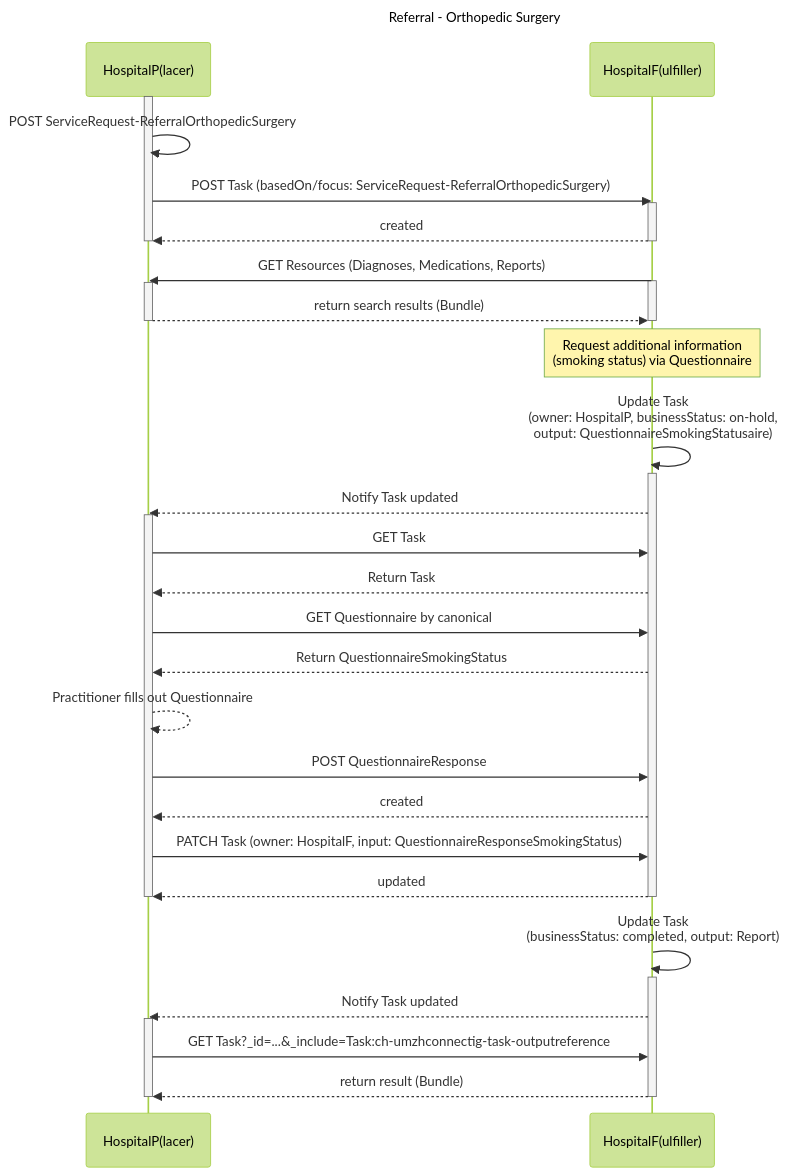
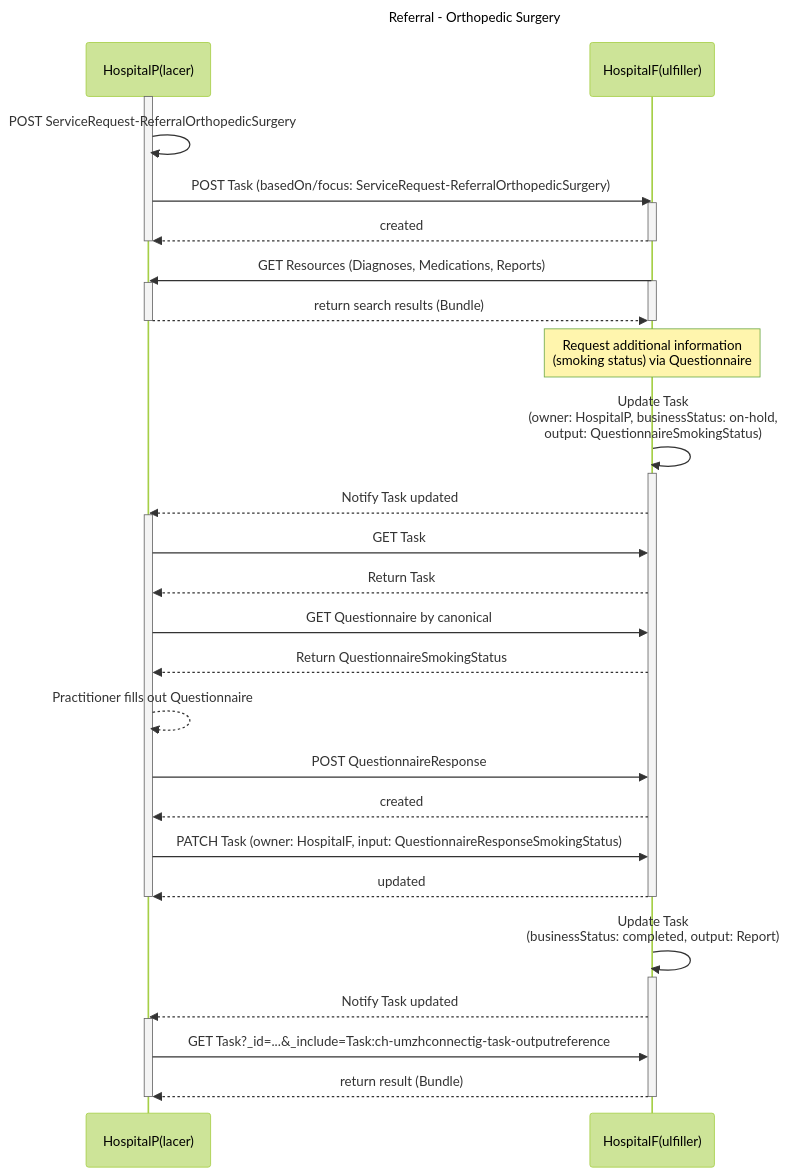
The diagram in input/pagecontent/usecase-referral-orthopedic.md (umzhconnect/umzhconnect-ig), drawn with Mermaid (forest theme) before and after one commit.

````diff
--- a/input/pagecontent/usecase-referral-orthopedic.md
+++ b/input/pagecontent/usecase-referral-orthopedic.md
@@ -18,49 +18,49 @@
 ```mermaid
 sequenceDiagram
     title Referral - Orthopedic Surgery
 
     participant HospitalP as HospitalP(lacer)
     participant HospitalF as HospitalF(ulfiller)
     activate HospitalP
     HospitalP->>HospitalP: POST ServiceRequest-ReferralOrthopedicSurgery
     HospitalP->>HospitalF: POST Task (basedOn/focus: ServiceRequest-ReferralOrthopedicSurgery)
     activate HospitalF
     HospitalF-->>HospitalP: created
     deactivate HospitalP
     deactivate HospitalF
     
     HospitalF->>HospitalP: GET Resources (Diagnoses, Medications, Reports)
     activate HospitalF
     activate HospitalP
     HospitalP-->>HospitalF: return search results (Bundle)
     deactivate HospitalF
     deactivate HospitalP
 
     Note over HospitalF: Request additional information<br/>(smoking status) via Questionnaire
-    HospitalF->>HospitalF: Update Task<br/>(owner: HospitalP, businessStatus: on-hold,<br/>output: QuestionnaireSmokingStatusaire)
+    HospitalF->>HospitalF: Update Task<br/>(owner: HospitalP, businessStatus: on-hold,<br/>output: QuestionnaireSmokingStatus)
     activate HospitalF
     HospitalF-->>HospitalP: Notify Task updated
     activate HospitalP
     HospitalP->>HospitalF: GET Task
     HospitalF-->>HospitalP: Return Task
     HospitalP->>HospitalF: GET Questionnaire by canonical
     HospitalF-->>HospitalP: Return QuestionnaireSmokingStatus
     HospitalP-->>HospitalP: Practitioner fills out Questionnaire
     HospitalP->>HospitalF: POST QuestionnaireResponse
     HospitalF-->>HospitalP: created
     HospitalP->>HospitalF: PATCH Task (owner: HospitalF, input: QuestionnaireResponseSmokingStatus)
     HospitalF-->>HospitalP: updated
     deactivate HospitalP
     deactivate HospitalF
 
     HospitalF->>HospitalF: Update Task<br/>(businessStatus: completed, output: Report)
     activate HospitalF
     HospitalF-->>HospitalP: Notify Task updated
     activate HospitalP
     HospitalP->> HospitalF: GET Task?_id=...&_include=Task:ch-umzhconnectig-task-outputreference
     HospitalF-->>HospitalP: return result (Bundle)
     deactivate HospitalP
     deactivate HospitalF
 
 
 ```
````
